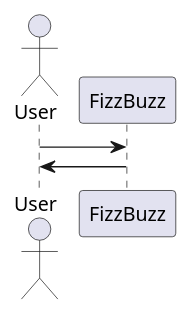
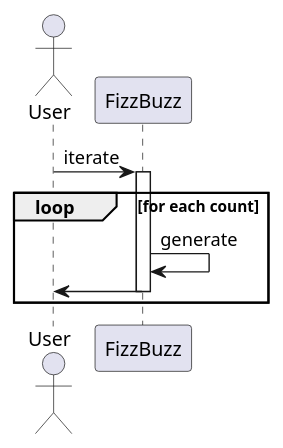
Before and after one commit to hiroshima-arc/aws_sam_python_hands-on: the third of 3 diagrams in docs/src/fizz_buzz.adoc, drawn with PlantUML. The commit also changed other lines of this file and 10 other files, not shown here.

```diff
--- a/docs/src/fizz_buzz.adoc
+++ b/docs/src/fizz_buzz.adoc
@@ -41,6 +43,12 @@
 [plantuml]
 ----
 actor User
- User -> FizzBuzz
-User <- FizzBuzz
+
+User -> FizzBuzz: iterate
+loop for each count
+      activate FizzBuzz
+      FizzBuzz -> FizzBuzz: generate
+            User <- FizzBuzz
+      deactivate FizzBuzz
+end
 ----
```
